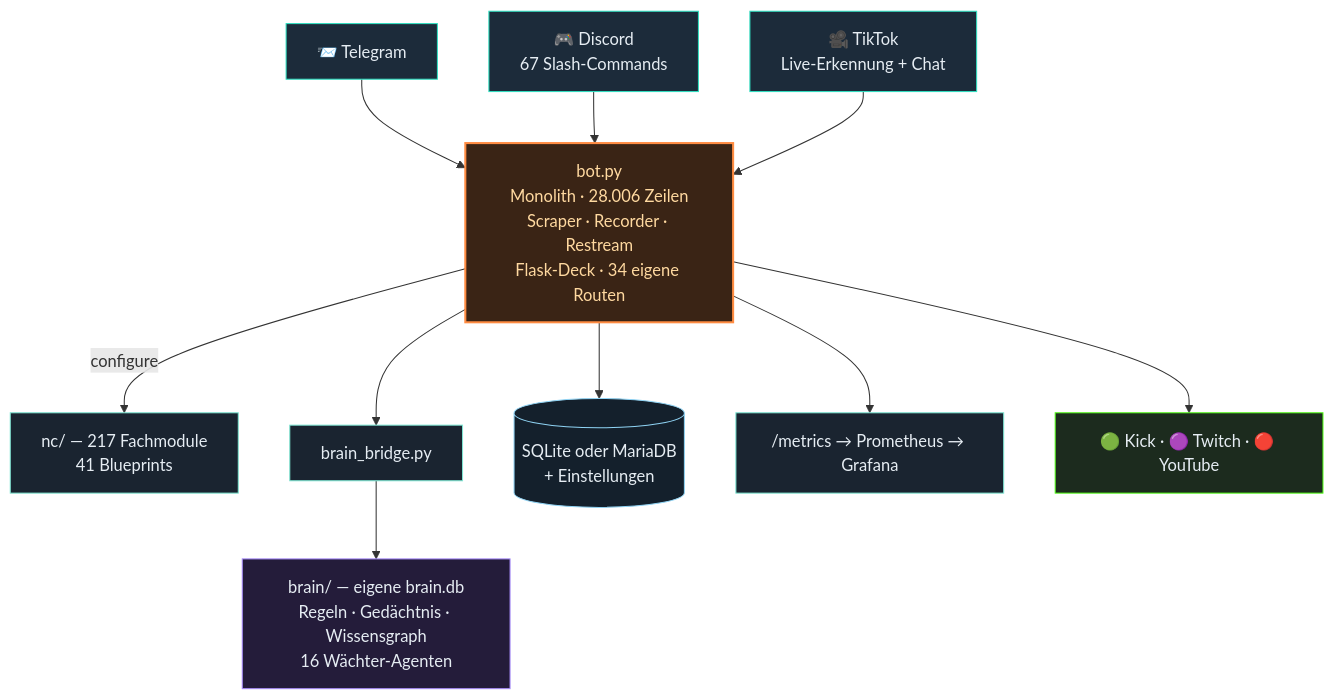
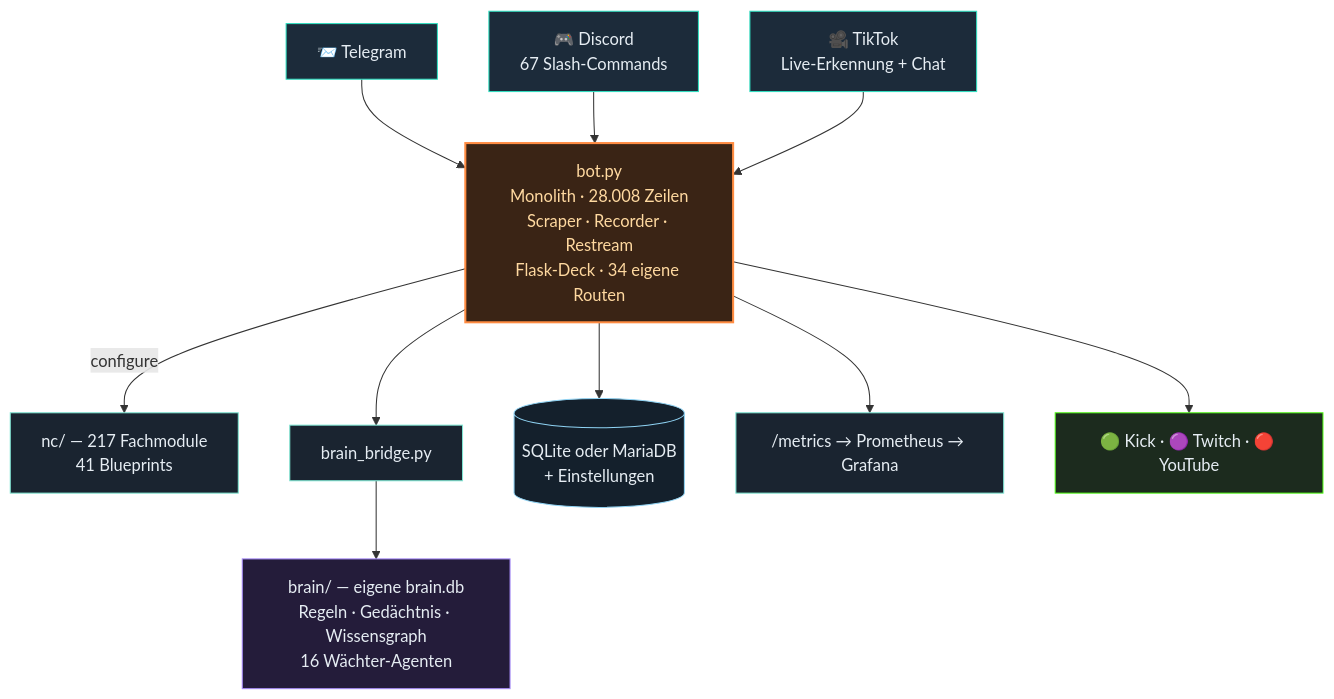
The second of 3 diagrams in README.md (itsamemedev/Telegram-Stream-Info-Bot), drawn with Mermaid before and after one commit. The commit also changed other lines of this file and 11 other files, not shown here.

````diff
--- a/README.md
+++ b/README.md
@@ -118,19 +118,19 @@
 ```mermaid
 flowchart TB
     TG["📨 Telegram"]:::ein --> BOT
     DC["🎮 Discord<br/>67 Slash-Commands"]:::ein --> BOT
     TT["🎥 TikTok<br/>Live-Erkennung + Chat"]:::ein --> BOT
-    BOT["bot.py<br/>Monolith · 28.006 Zeilen<br/>Scraper · Recorder · Restream<br/>Flask-Deck · 34 eigene Routen"]:::core
+    BOT["bot.py<br/>Monolith · 28.008 Zeilen<br/>Scraper · Recorder · Restream<br/>Flask-Deck · 34 eigene Routen"]:::core
     BOT -->|configure| NC["nc/ — 217 Fachmodule<br/>41 Blueprints"]:::lib
     BOT --> BR["brain_bridge.py"]:::lib
     BR --> BRAIN["brain/ — eigene brain.db<br/>Regeln · Gedächtnis · Wissensgraph<br/>16 Wächter-Agenten"]:::brain
     BOT --> DB[("SQLite oder MariaDB<br/>+ Einstellungen")]:::db
     BOT --> PROM["/metrics → Prometheus → Grafana"]:::lib
     BOT --> OUT["🟢 Kick · 🟣 Twitch · 🔴 YouTube"]:::out
     classDef ein fill:#1c2b3a,stroke:#2de1c2,color:#e6edf3
     classDef core fill:#3a2415,stroke:#ff8c42,stroke-width:2px,color:#ffd9a0
     classDef lib fill:#1a2430,stroke:#7fe7d4,color:#e6edf3
     classDef brain fill:#241c3a,stroke:#a78bfa,color:#e6edf3
     classDef db fill:#14202c,stroke:#8fd3f4,color:#e6edf3
     classDef out fill:#1c2b1e,stroke:#53fc18,color:#e6edf3
 ```
````
